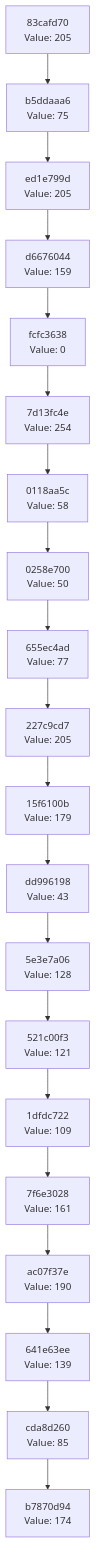
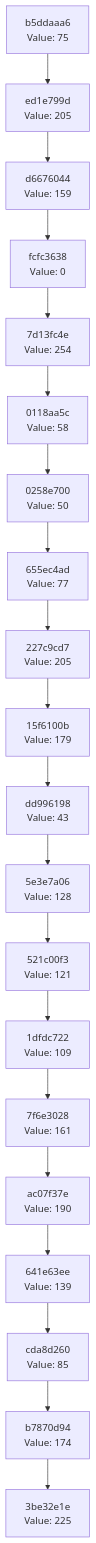
Before and after one commit to Abhisheksinha1506/hash-chain-evolver: the diagram in docs/CHAIN_VISUALIZATION.md, drawn with Mermaid. The commit also changed 2 other files, not shown here.

Commit message:
Evolution Step

````diff
--- a/docs/CHAIN_VISUALIZATION.md
+++ b/docs/CHAIN_VISUALIZATION.md
@@ -3,42 +3,42 @@
 ```mermaid
 graph TD
-    C0["b7870d94<br/>Value: 174"]
-    C1["cda8d260<br/>Value: 85"]
+    C0["3be32e1e<br/>Value: 225"]
+    C1["b7870d94<br/>Value: 174"]
     C1 --> C0
-    C2["641e63ee<br/>Value: 139"]
+    C2["cda8d260<br/>Value: 85"]
     C2 --> C1
-    C3["ac07f37e<br/>Value: 190"]
+    C3["641e63ee<br/>Value: 139"]
     C3 --> C2
-    C4["7f6e3028<br/>Value: 161"]
+    C4["ac07f37e<br/>Value: 190"]
     C4 --> C3
-    C5["1dfdc722<br/>Value: 109"]
+    C5["7f6e3028<br/>Value: 161"]
     C5 --> C4
-    C6["521c00f3<br/>Value: 121"]
+    C6["1dfdc722<br/>Value: 109"]
     C6 --> C5
-    C7["5e3e7a06<br/>Value: 128"]
+    C7["521c00f3<br/>Value: 121"]
     C7 --> C6
-    C8["dd996198<br/>Value: 43"]
+    C8["5e3e7a06<br/>Value: 128"]
     C8 --> C7
-    C9["15f6100b<br/>Value: 179"]
+    C9["dd996198<br/>Value: 43"]
     C9 --> C8
-    C10["227c9cd7<br/>Value: 205"]
+    C10["15f6100b<br/>Value: 179"]
     C10 --> C9
-    C11["655ec4ad<br/>Value: 77"]
+    C11["227c9cd7<br/>Value: 205"]
     C11 --> C10
-    C12["0258e700<br/>Value: 50"]
+    C12["655ec4ad<br/>Value: 77"]
     C12 --> C11
-    C13["0118aa5c<br/>Value: 58"]
+    C13["0258e700<br/>Value: 50"]
     C13 --> C12
-    C14["7d13fc4e<br/>Value: 254"]
+    C14["0118aa5c<br/>Value: 58"]
     C14 --> C13
-    C15["fcfc3638<br/>Value: 0"]
+    C15["7d13fc4e<br/>Value: 254"]
     C15 --> C14
-    C16["d6676044<br/>Value: 159"]
+    C16["fcfc3638<br/>Value: 0"]
     C16 --> C15
-    C17["ed1e799d<br/>Value: 205"]
+    C17["d6676044<br/>Value: 159"]
     C17 --> C16
-    C18["b5ddaaa6<br/>Value: 75"]
+    C18["ed1e799d<br/>Value: 205"]
     C18 --> C17
-    C19["83cafd70<br/>Value: 205"]
+    C19["b5ddaaa6<br/>Value: 75"]
     C19 --> C18
 ```
````
